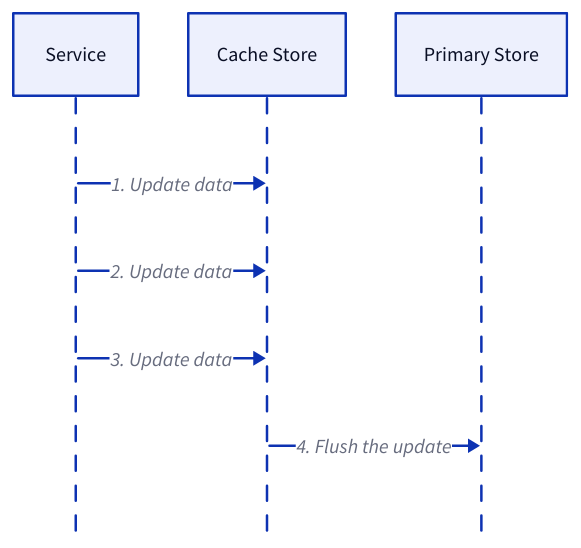
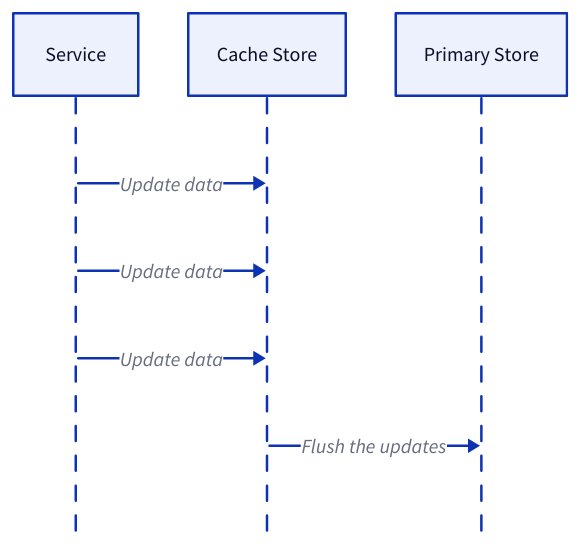
Before and after one commit to link1905/system-design-101: the seventh of 7 diagrams in content/docs/design-patterns/caching-patterns.md, drawn with D2. The commit also changed other lines of this file and 11 other files, not shown here.

````diff
--- a/content/docs/design-patterns/caching-patterns.md
+++ b/content/docs/design-patterns/caching-patterns.md
@@ -202,16 +192,16 @@
 ```d2
 shape: sequence_diagram
 s: Service {
     class: server
 }
 c: Cache Store {
     class: cache
 }
 db: Primary Store {
     class: db
 }
-s -> c: 1. Update data
-s -> c: 2. Update data
-s -> c: 3. Update data
-c -> db: 4. Flush the update
+s -> c: Update data
+s -> c: Update data
+s -> c: Update data
+c -> db: Flush the updates
 ```
````
